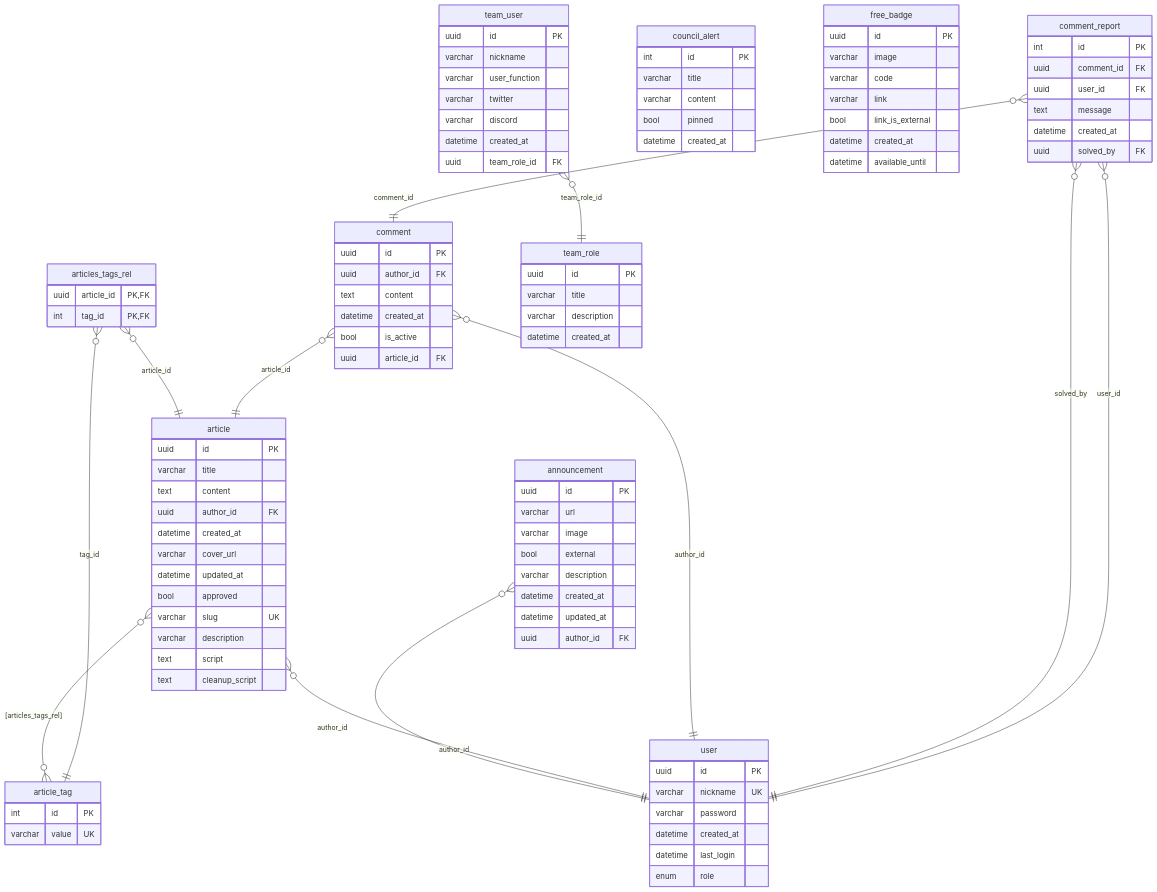
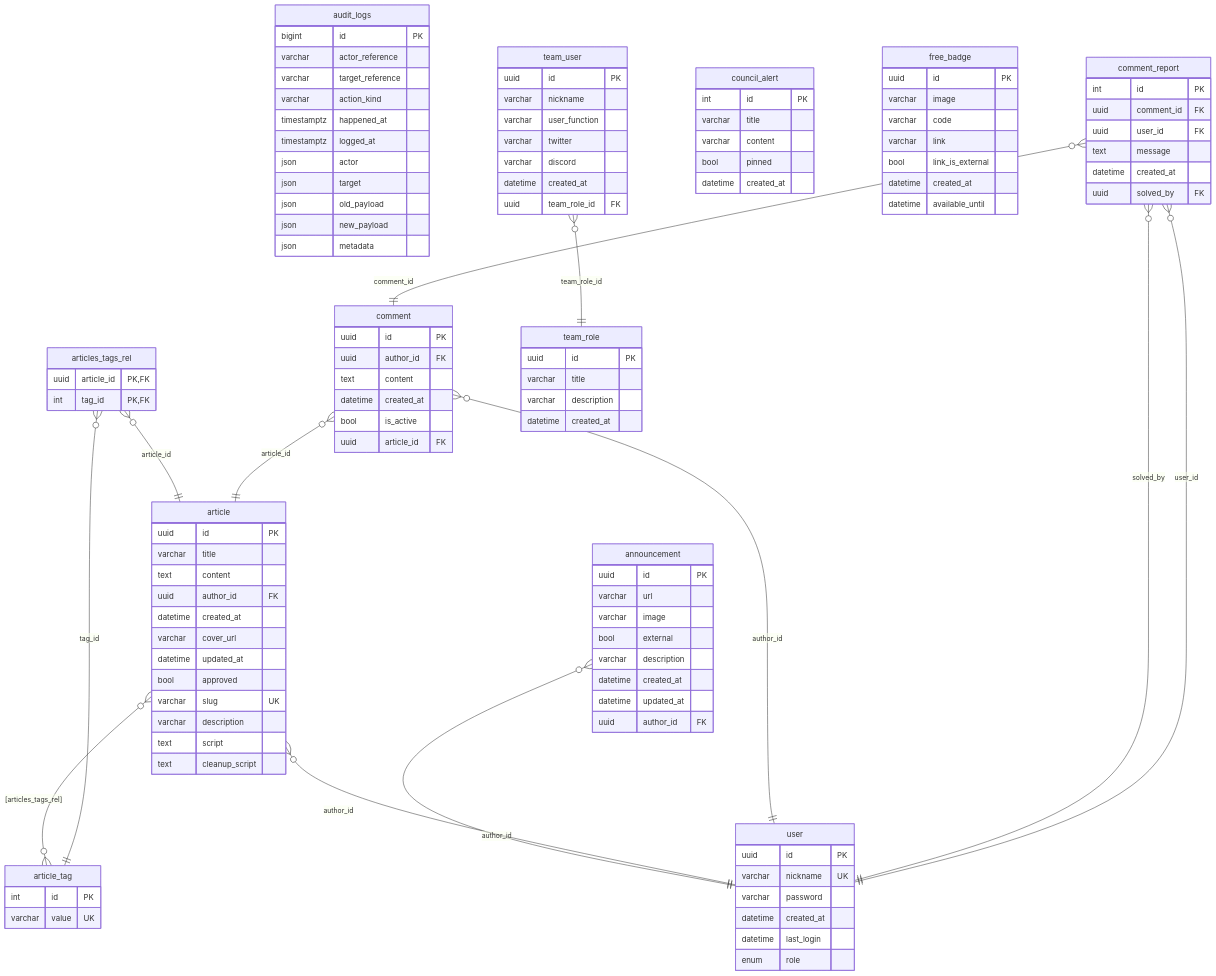
Before and after one commit to KaioFelps/samambaia-api: the diagram in entities/src/entities.mermaid, drawn with Mermaid. The commit also changed 6 other files, not shown here.

Commit message:
build(db): add audit logs table

```diff
--- a/entities/src/entities.mermaid
+++ b/entities/src/entities.mermaid
@@ -1,99 +1,112 @@
 erDiagram
     announcement {
         uuid id PK
         varchar url
         varchar image
         bool external
         varchar description
         datetime created_at
         datetime updated_at
         uuid author_id FK
     }
     article {
         uuid id PK
         varchar title
         text content
         uuid author_id FK
         datetime created_at
         varchar cover_url
         datetime updated_at
         bool approved
         varchar slug UK
         varchar description
         text script
         text cleanup_script
     }
     article_tag {
         int id PK
         varchar value UK
     }
     articles_tags_rel {
         uuid article_id PK,FK
         int tag_id PK,FK
+    }
+    audit_logs {
+        bigint id PK
+        varchar actor_reference
+        varchar target_reference
+        varchar action_kind
+        timestamptz happened_at
+        timestamptz logged_at
+        json actor
+        json target
+        json old_payload
+        json new_payload
+        json metadata
     }
     comment {
         uuid id PK
         uuid author_id FK
         text content
         datetime created_at
         bool is_active
         uuid article_id FK
     }
     comment_report {
         int id PK
         uuid comment_id FK
         uuid user_id FK
         text message
         datetime created_at
         uuid solved_by FK
     }
     council_alert {
         int id PK
         varchar title
         varchar content
         bool pinned
         datetime created_at
     }
     free_badge {
         uuid id PK
         varchar image
         varchar code
         varchar link
         bool link_is_external
         datetime created_at
         datetime available_until
     }
     team_role {
         uuid id PK
         varchar title
         varchar description
         datetime created_at
     }
     team_user {
         uuid id PK
         varchar nickname
         varchar user_function
         varchar twitter
         varchar discord
         datetime created_at
         uuid team_role_id FK
     }
     user {
         uuid id PK
         varchar nickname UK
         varchar password
         datetime created_at
         datetime last_login
         enum role
     }
     announcement }o--|| user : "author_id"
     article }o--|| user : "author_id"
     article }o--o{ article_tag : "[articles_tags_rel]"
     articles_tags_rel }o--|| article : "article_id"
     articles_tags_rel }o--|| article_tag : "tag_id"
     comment }o--|| article : "article_id"
     comment }o--|| user : "author_id"
     comment_report }o--|| comment : "comment_id"
     comment_report }o--|| user : "solved_by"
     comment_report }o--|| user : "user_id"
     team_user }o--|| team_role : "team_role_id"
```
